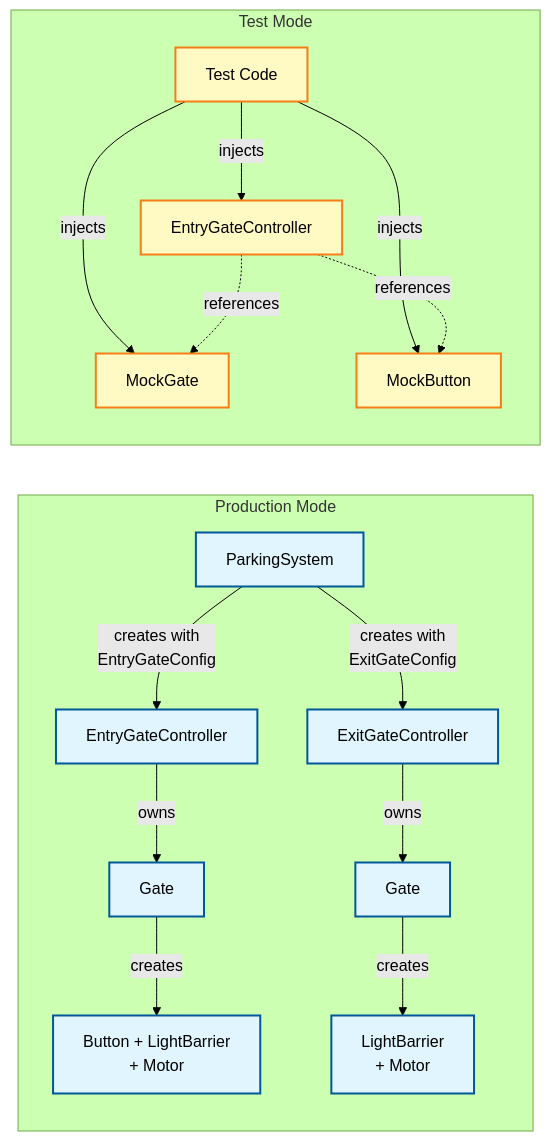
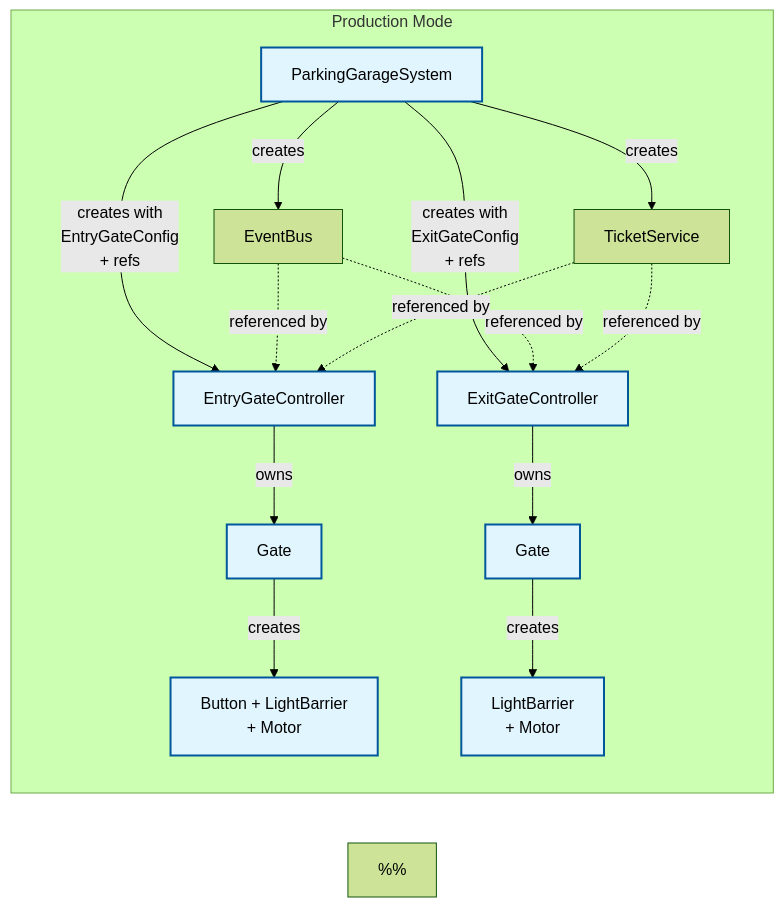
The second of 4 diagrams in README.md (0xfischer/parking_garage_control_system), drawn with Mermaid (forest theme) before and after one commit. The commit also changed other lines of this file and 19 other files, not shown here.

First line of the commit message:
Refactor parking system to ParkingGarageSystem

````diff
--- a/README.md
+++ b/README.md
@@ -91,28 +91,35 @@
 ```mermaid
 graph LR
     subgraph Production["Production Mode"]
-        PS1[ParkingSystem] -->|creates with<br/>EntryGateConfig| EC1[EntryGateController]
-        PS1 -->|creates with<br/>ExitGateConfig| XC1[ExitGateController]
+        PS1[ParkingGarageSystem] -->|creates| EB1[EventBus]
+        PS1 -->|creates| TS1[TicketService]
+        PS1 -->|creates with<br/>EntryGateConfig<br/>+ refs| EC1[EntryGateController]
+        PS1 -->|creates with<br/>ExitGateConfig<br/>+ refs| XC1[ExitGateController]
+
+        EB1 -.referenced by.-> EC1
+        EB1 -.referenced by.-> XC1
+        TS1 -.referenced by.-> EC1
+        TS1 -.referenced by.-> XC1
 
         EC1 -->|owns| G1[Gate]
         XC1 -->|owns| G2[Gate]
 
         G1 -->|creates| HW1[Button + LightBarrier<br/>+ Motor]
         G2 -->|creates| HW2[LightBarrier<br/>+ Motor]
     end
 
-    subgraph Testing["Test Mode"]
-        Test[Test Code] -->|injects| EC2[EntryGateController]
-        Test -->|injects| MockGate
-        Test -->|injects| MockButton
-
-        EC2 -.references.-> MockGate
-        EC2 -.references.-> MockButton
-    end
+%%    subgraph Testing["Test Mode"]
+%%        Test[Test Code] -->|injects| EC2[EntryGateController]
+%%        Test -->|injects| MockGate
+%%        Test -->|injects| MockButton
+%%
+%%        EC2 -.references.-> MockGate
+%%        EC2 -.references.-> MockButton
+%%    end
 
     classDef prod fill:#e1f5ff,stroke:#01579b,stroke-width:2px
     classDef test fill:#fff9c4,stroke:#f57f17,stroke-width:2px
 
     class PS1,EC1,XC1,G1,G2,HW1,HW2 prod
     class Test,EC2,MockGate,MockButton test
 ```
````
